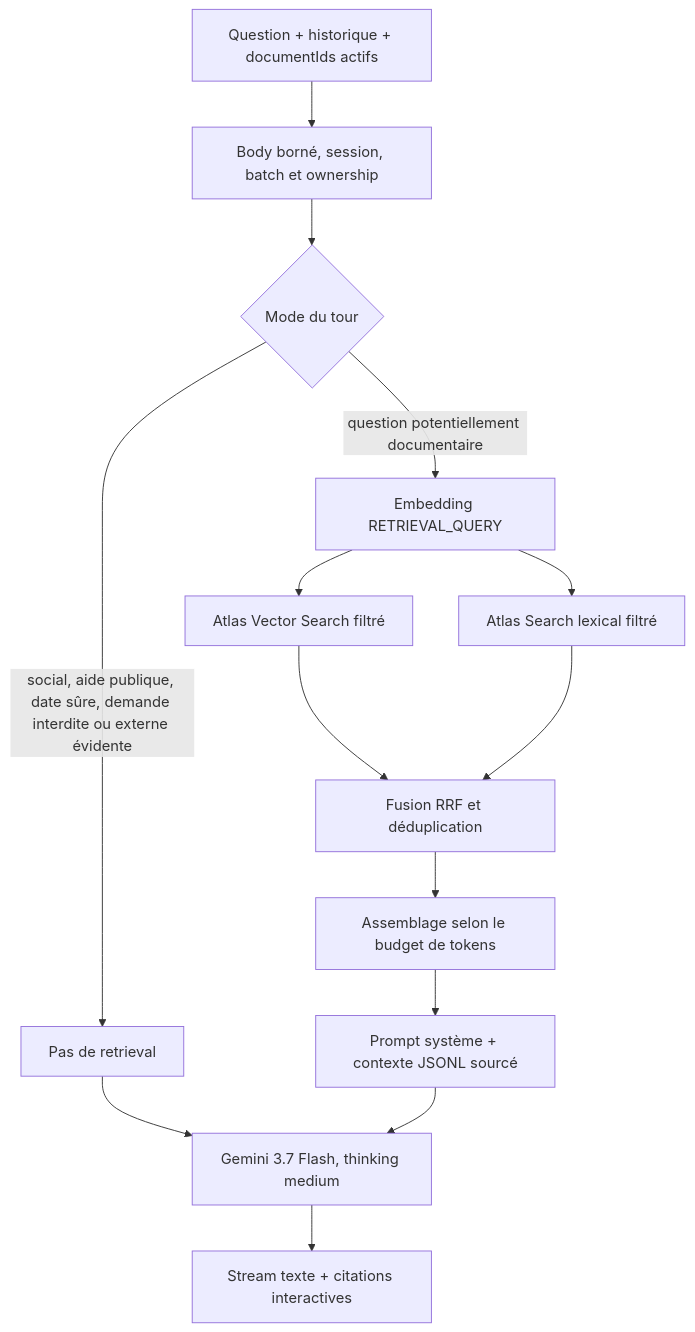
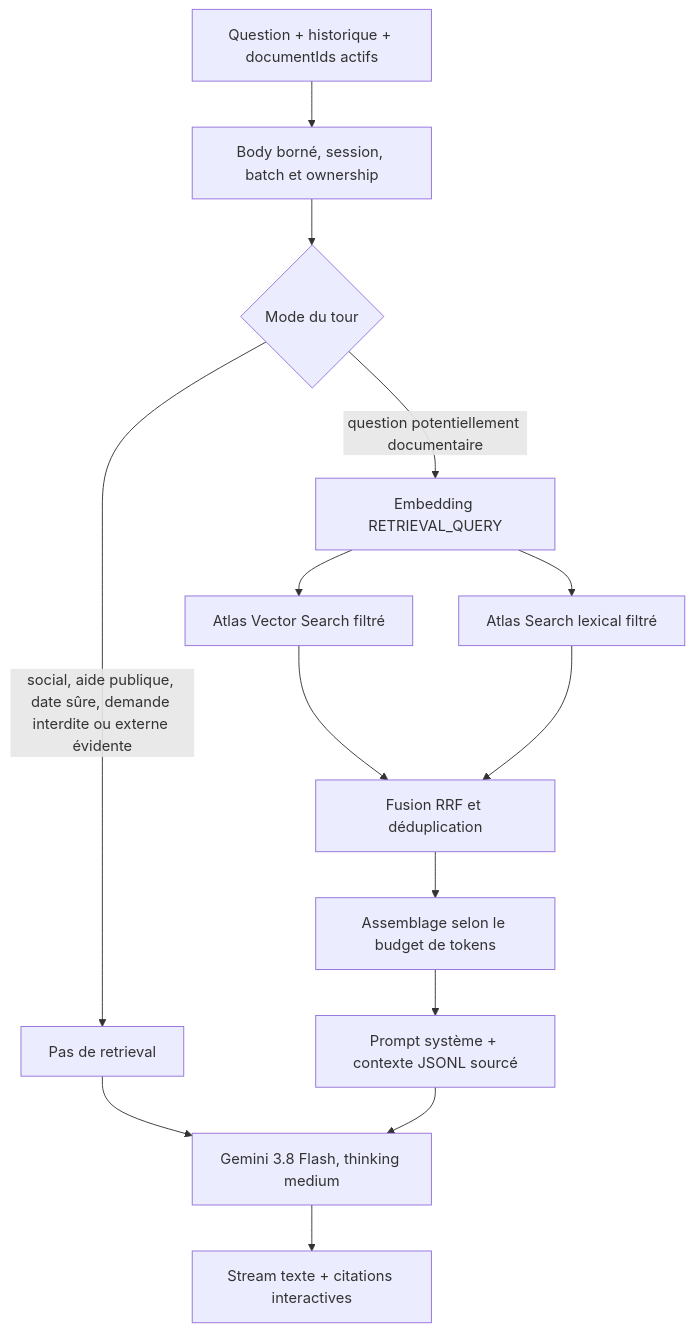
The fifth of 6 diagrams in README.md (bdllhfrance-star/docchat), drawn with Mermaid before and after one commit. The commit also changed other lines of this file and 23 other files, not shown here.

````diff
--- a/README.md
+++ b/README.md
@@ -177,25 +259,25 @@
 ```mermaid
 flowchart TD
     Q[Question + historique + documentIds actifs]
     Validate[Body borné, session, batch et ownership]
     Mode{Mode du tour}
     NoRag[Pas de retrieval]
     Embed[Embedding RETRIEVAL_QUERY]
     Vector[Atlas Vector Search filtré]
     Lexical[Atlas Search lexical filtré]
     RRF[Fusion RRF et déduplication]
     Budget[Assemblage selon le budget de tokens]
     Prompt[Prompt système + contexte JSONL sourcé]
-    Model[Gemini 3.7 Flash, thinking medium]
+    Model[Gemini 3.8 Flash, thinking medium]
     Stream[Stream texte + citations interactives]
 
     Q --> Validate --> Mode
     Mode -->|social, aide publique, date sûre, demande interdite ou externe évidente| NoRag
     NoRag --> Model
     Mode -->|question potentiellement documentaire| Embed
     Embed --> Vector
     Embed --> Lexical
     Vector --> RRF
     Lexical --> RRF
     RRF --> Budget --> Prompt --> Model --> Stream
 ```
````
